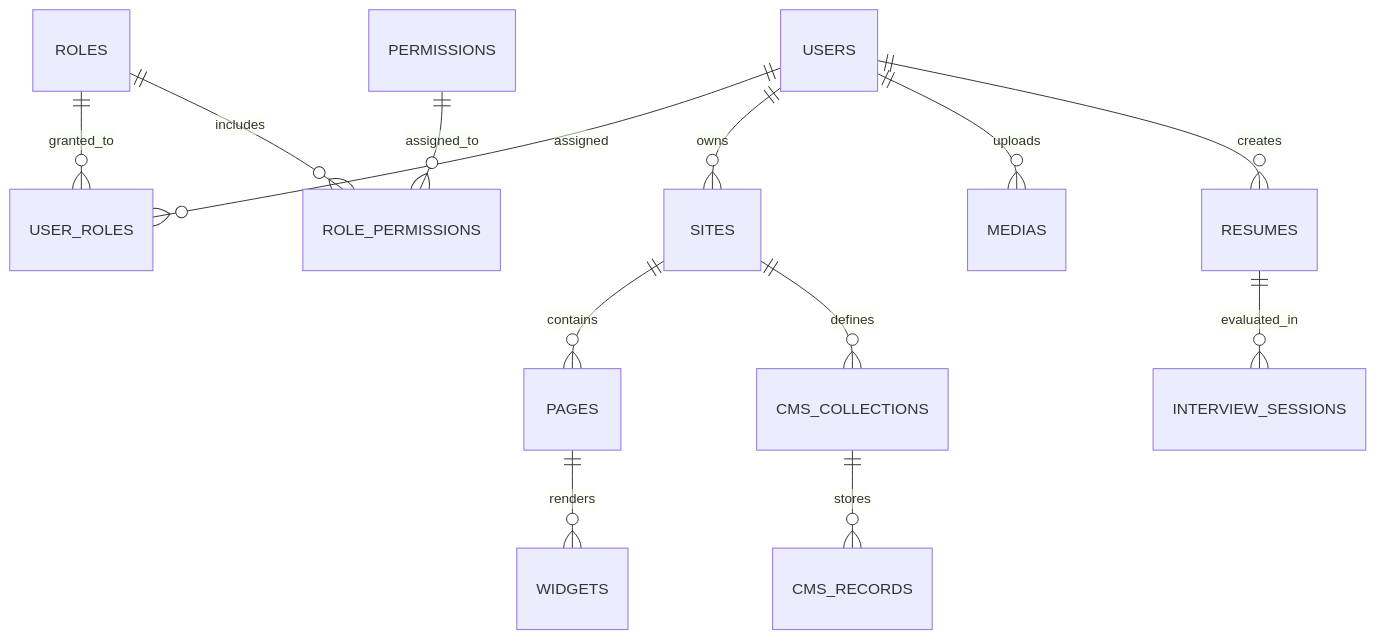
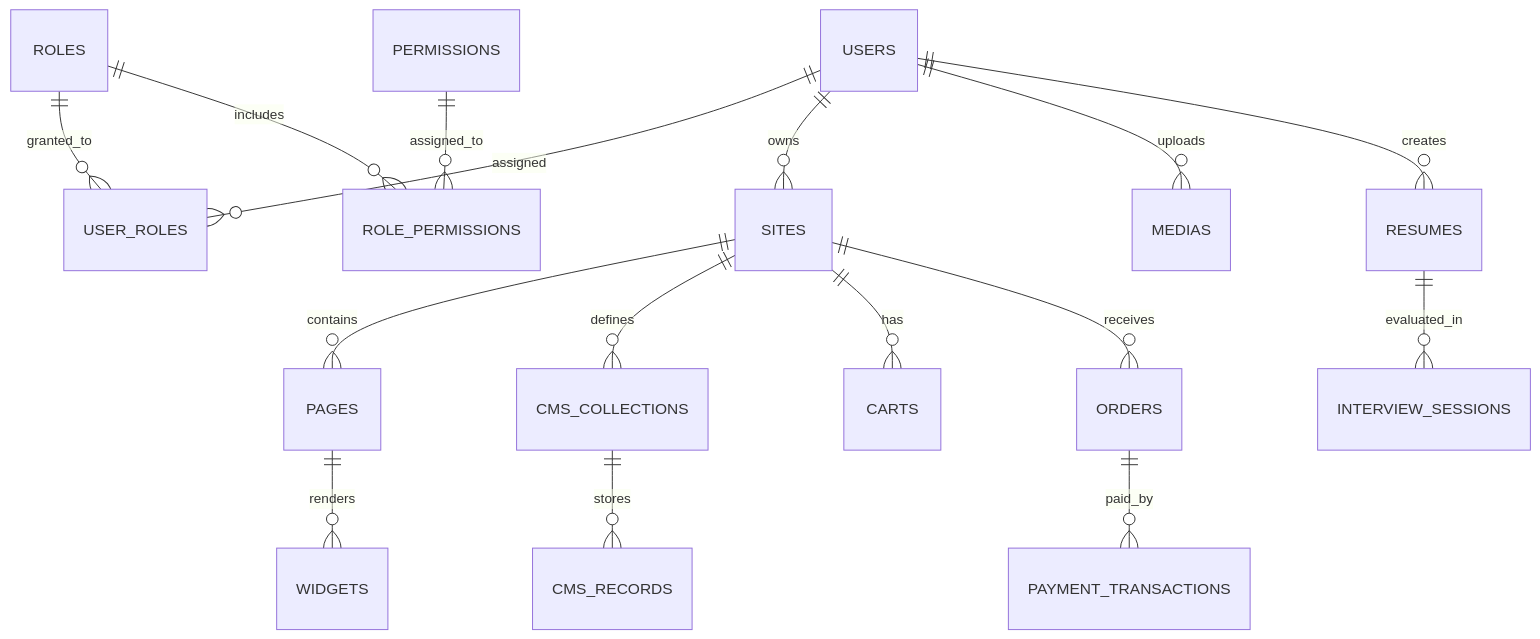
Before and after one commit to KrisCTer/Genzite: the diagram in docs/database-design.md, drawn with Mermaid. The commit also changed other lines of this file and 86 other files, not shown here.

First line of the commit message:
Feat/epic ecommerce architecture (#21)

````diff
--- a/docs/database-design.md
+++ b/docs/database-design.md
@@ -14,15 +14,18 @@
 ```mermaid
 erDiagram
     USERS ||--o{ USER_ROLES : "assigned"
     ROLES ||--o{ USER_ROLES : "granted_to"
     ROLES ||--o{ ROLE_PERMISSIONS : "includes"
     PERMISSIONS ||--o{ ROLE_PERMISSIONS : "assigned_to"
     USERS ||--o{ SITES : "owns"
     SITES ||--o{ PAGES : "contains"
     PAGES ||--o{ WIDGETS : "renders"
     SITES ||--o{ CMS_COLLECTIONS : "defines"
     CMS_COLLECTIONS ||--o{ CMS_RECORDS : "stores"
     USERS ||--o{ MEDIAS : "uploads"
+    SITES ||--o{ CARTS : "has"
+    SITES ||--o{ ORDERS : "receives"
+    ORDERS ||--o{ PAYMENT_TRANSACTIONS : "paid_by"
     USERS ||--o{ RESUMES : "creates"
     RESUMES ||--o{ INTERVIEW_SESSIONS : "evaluated_in"
 ```
````
